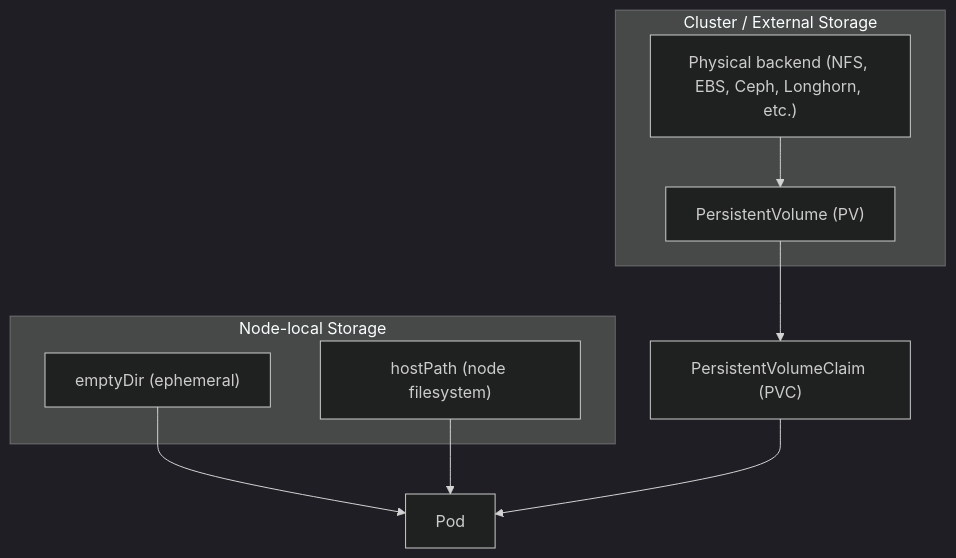
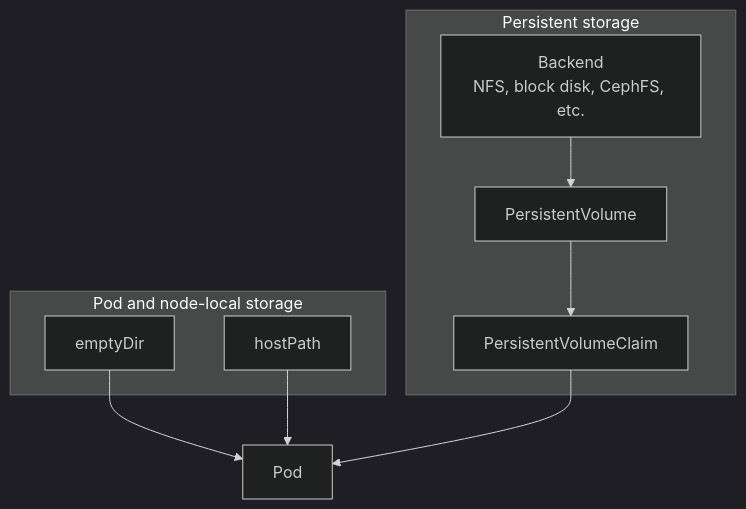
The first of 5 diagrams in _csc478/07-volumes.md (linhbngo/linhbngo.github.io), drawn with Mermaid (dark theme) before and after one commit. The commit also changed other lines of this file and 12 other files, not shown here.

````diff
--- a/_csc478/07-volumes.md
+++ b/_csc478/07-volumes.md
@@ -197,22 +196,20 @@
 ```mermaid
 flowchart TD
-    subgraph NodeLocal["Node-local Storage"]
-        A["emptyDir (ephemeral)"]
-        B["hostPath (node filesystem)"]
+    subgraph NodeLocal["Pod and node-local storage"]
+        A["emptyDir"]
+        B["hostPath"]
     end
 
-    subgraph ClusterStorage["Cluster / External Storage"]
-        C["Physical backend (NFS, EBS, Ceph, Longhorn, etc.)"]
-        D["PersistentVolume (PV)"]
+    subgraph Durable["Persistent storage"]
+        C["Backend\nNFS, block disk, CephFS, etc."]
+        D["PersistentVolume"]
+        E["PersistentVolumeClaim"]
     end
 
-    E["PersistentVolumeClaim (PVC)"]
     F["Pod"]
-
-    %% relationships
     A --> F
     B --> F
     C --> D
     D --> E
     E --> F
 ```
````
